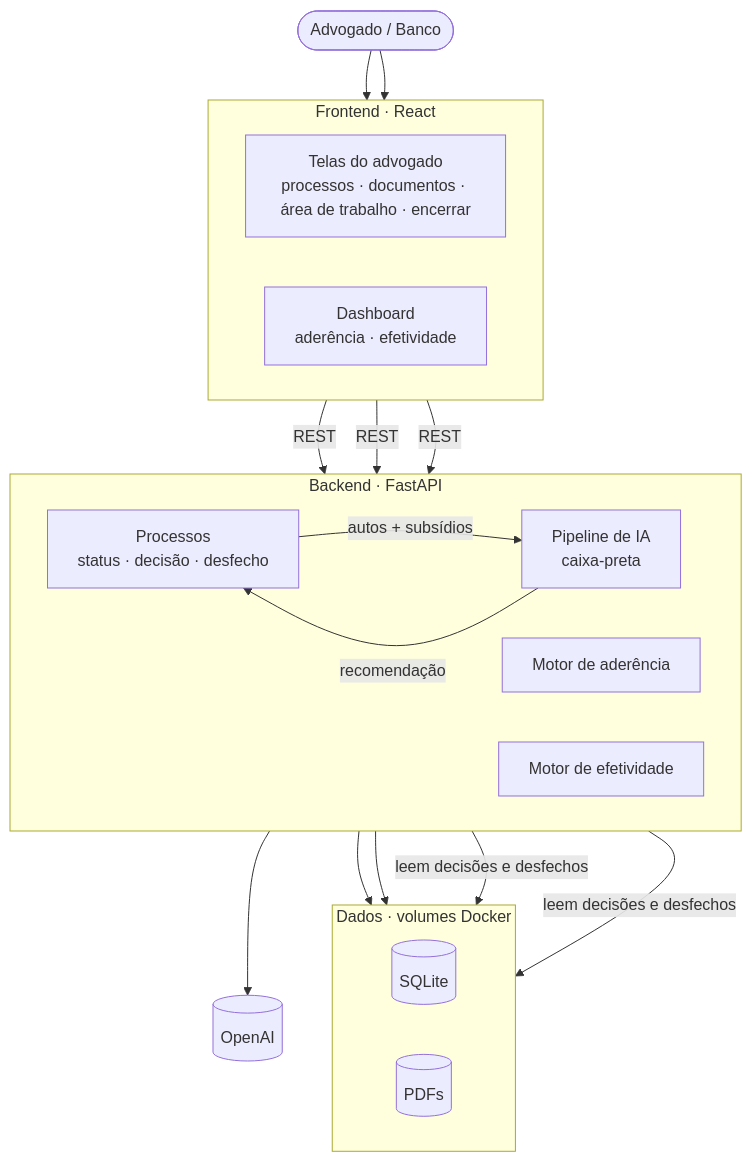
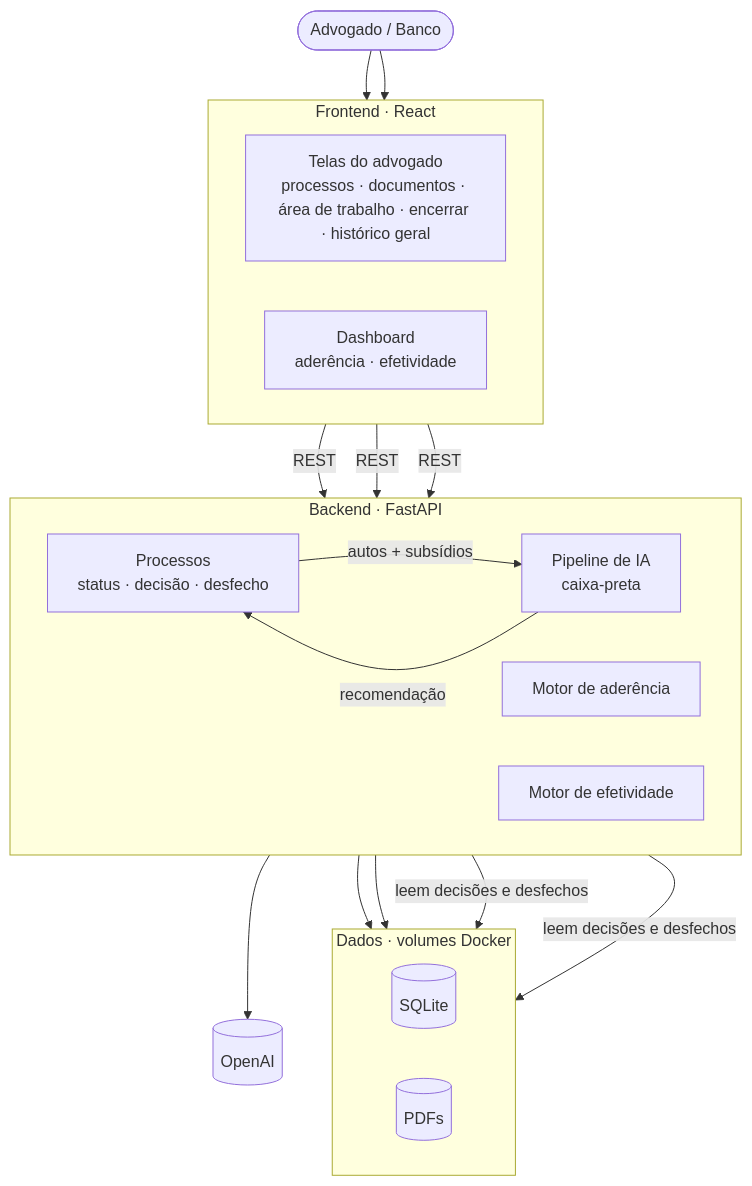
The first of 4 diagrams in docs/ARCHITECTURE.md (sll-bruno/hackathon-unicamp-2026), drawn with Mermaid before and after one commit. The commit also changed other lines of this file and 1 other file, not shown here.

````diff
--- a/docs/ARCHITECTURE.md
+++ b/docs/ARCHITECTURE.md
@@ -40,35 +40,35 @@
 ```mermaid
 flowchart TB
   USER([Advogado / Banco])
 
   subgraph FRONT[Frontend · React]
     direction LR
-    ADVUI[Telas do advogado<br/>processos · documentos · área de trabalho · encerrar]
+    ADVUI[Telas do advogado<br/>processos · documentos · área de trabalho · encerrar · histórico geral]
     DASH[Dashboard<br/>aderência · efetividade]
   end
 
   subgraph BACK[Backend · FastAPI]
     direction LR
     CASES[Processos<br/>status · decisão · desfecho]
     PIPE[Pipeline de IA<br/>caixa-preta]
     ADH[Motor de aderência]
     EFF[Motor de efetividade]
   end
 
   subgraph DATA[Dados · volumes Docker]
     direction LR
     DB[(SQLite)]
     FS[(PDFs)]
   end
 
   LLM[(OpenAI)]
 
   USER --> ADVUI & DASH
   ADVUI -->|REST| CASES
   DASH -->|REST| ADH & EFF
   CASES -->|autos + subsídios| PIPE
   PIPE -->|recomendação| CASES
   PIPE --> LLM
   CASES --> DB & FS
   ADH & EFF -->|leem decisões e desfechos| DB
 ```
````
